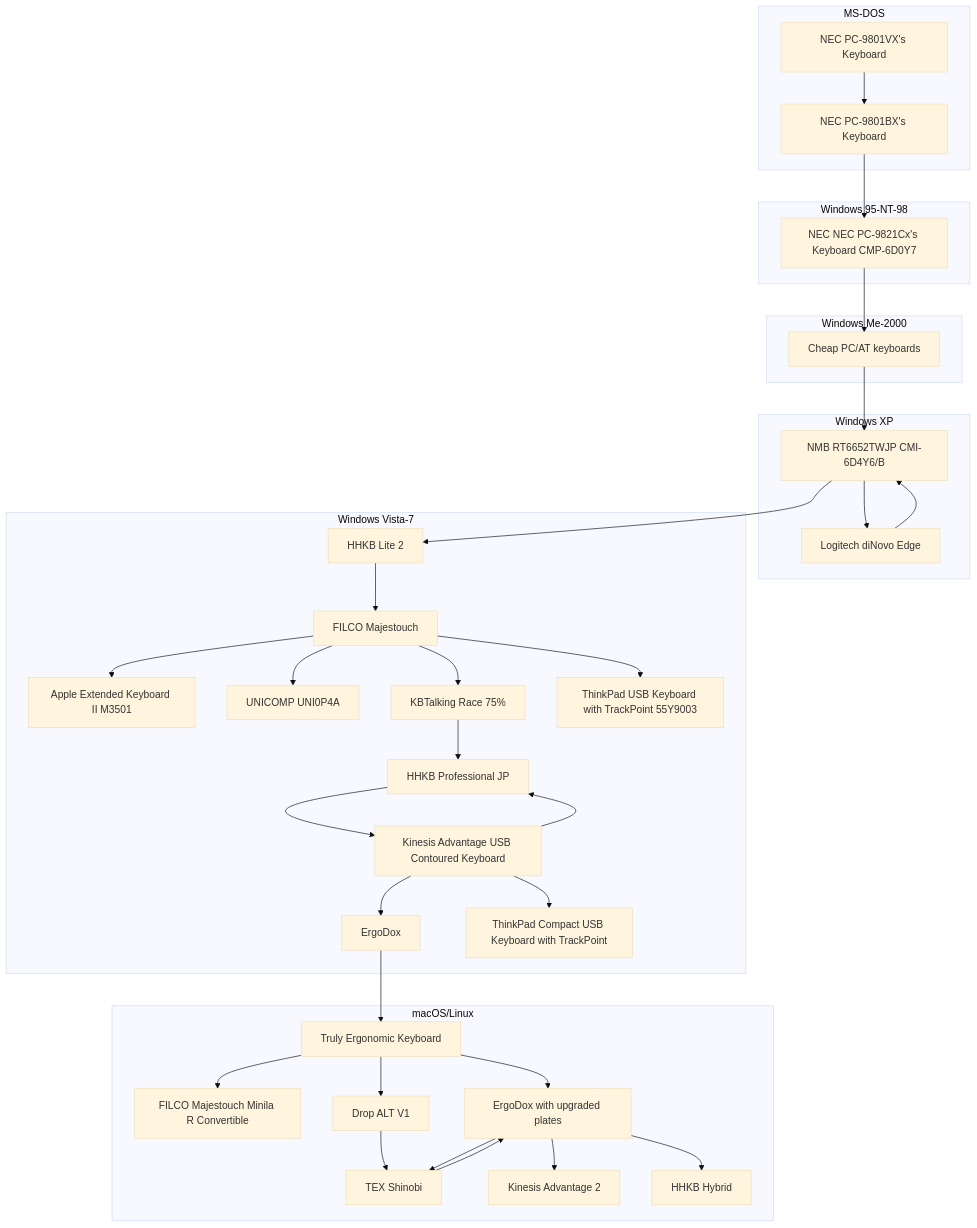
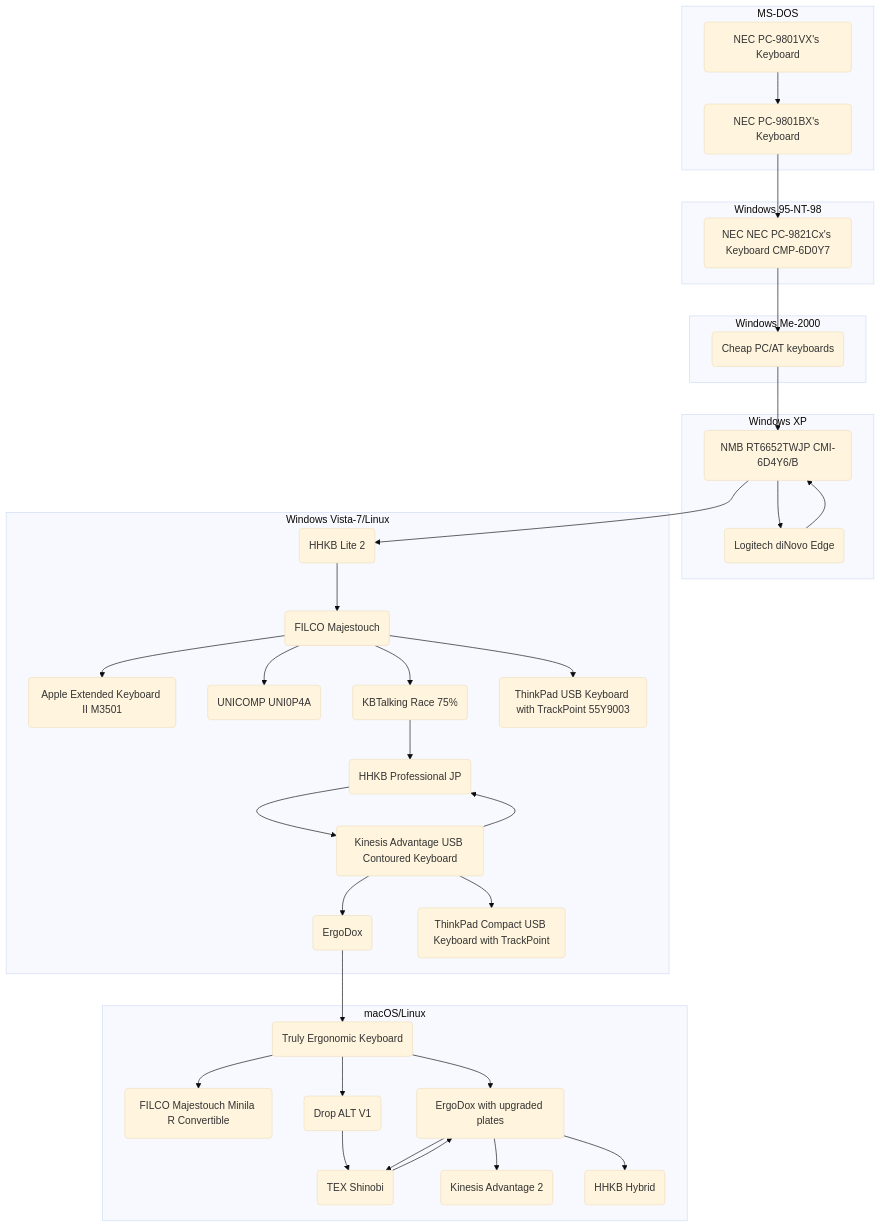
Before and after one commit to sumibi-yakitori/sumibi-yakitori: the diagram in hid.md, drawn with Mermaid (base theme).

Commit message:
no message

````diff
--- a/hid.md
+++ b/hid.md
@@ -19,40 +19,40 @@
 ```mermaid
 graph TD;
     subgraph MS-DOS
-    pc9801vx[NEC PC-9801VX's Keyboard]-->pc9801bx[NEC PC-9801BX's Keyboard];
+    pc9801vx(NEC PC-9801VX's Keyboard)-->pc9801bx(NEC PC-9801BX's Keyboard);
     end
     subgraph Windows 95-NT-98
-    pc9801bx-->pc9821cx13[NEC NEC PC-9821Cx's Keyboard CMP-6D0Y7];
+    pc9801bx-->pc9821cx13(NEC NEC PC-9821Cx's Keyboard CMP-6D0Y7);
     end
     subgraph Windows Me-2000
-    pc9821cx13-->pcat1[Cheap PC/AT keyboards];
+    pc9821cx13-->pcat1(Cheap PC/AT keyboards);
     end
     subgraph Windows XP
     pcat1-->nmb;
-    nmb[NMB RT6652TWJP CMI-6D4Y6/B]-->Logitech[Logitech diNovo Edge]-->nmb;
+    nmb(NMB RT6652TWJP CMI-6D4Y6/B)-->Logitech(Logitech diNovo Edge)-->nmb;
     end
-    subgraph Windows Vista-7
-    nmb-->hhkb-lite[HHKB Lite 2];
-    hhkb-lite-->filco-m[FILCO Majestouch];
-    filco-m-->ae-kb[Apple Extended Keyboard II M3501];
-    filco-m-->unicomp[UNICOMP UNI0P4A];
-    filco-m-->race[KBTalking Race 75%];
-    filco-m-->thinkpad1[ThinkPad USB Keyboard with TrackPoint 55Y9003];
-    race-->hhkb-pro-jp[HHKB Professional JP];
-    hhkb-pro-jp-->kinesis-a[Kinesis Advantage USB Contoured Keyboard];
+    subgraph Windows Vista-7/Linux
+    nmb-->hhkb-lite(HHKB Lite 2);
+    hhkb-lite-->filco-m(FILCO Majestouch);
+    filco-m-->ae-kb(Apple Extended Keyboard II M3501);
+    filco-m-->unicomp(UNICOMP UNI0P4A);
+    filco-m-->race(KBTalking Race 75%);
+    filco-m-->thinkpad1(ThinkPad USB Keyboard with TrackPoint 55Y9003);
+    race-->hhkb-pro-jp(HHKB Professional JP);
+    hhkb-pro-jp-->kinesis-a(Kinesis Advantage USB Contoured Keyboard);
     kinesis-a-->hhkb-pro-jp;
-    kinesis-a-->ergodox1[ErgoDox];
-    kinesis-a-->thinkpad2[ThinkPad Compact USB Keyboard with TrackPoint];
+    kinesis-a-->ergodox1(ErgoDox);
+    kinesis-a-->thinkpad2(ThinkPad Compact USB Keyboard with TrackPoint);
     end
     subgraph macOS/Linux
-    ergodox1-->teck[Truly Ergonomic Keyboard];
-    teck-->filco-minila-r[FILCO Majestouch Minila R Convertible];
-    teck-->ergodox2[ErgoDox with upgraded plates];
-    teck-->drop-alt[Drop ALT V1];
+    ergodox1-->teck(Truly Ergonomic Keyboard);
+    teck-->filco-minila-r(FILCO Majestouch Minila R Convertible);
+    teck-->ergodox2(ErgoDox with upgraded plates);
+    teck-->drop-alt(Drop ALT V1);
     drop-alt-->shinobi;
-    ergodox2-->shinobi[TEX Shinobi];
+    ergodox2-->shinobi(TEX Shinobi);
     shinobi-->ergodox2
-    ergodox2-->kinesis-a2[Kinesis Advantage 2];
-    ergodox2-->hhkb-hybrid[HHKB Hybrid];
+    ergodox2-->kinesis-a2(Kinesis Advantage 2);
+    ergodox2-->hhkb-hybrid(HHKB Hybrid);
     end
 ```
````
